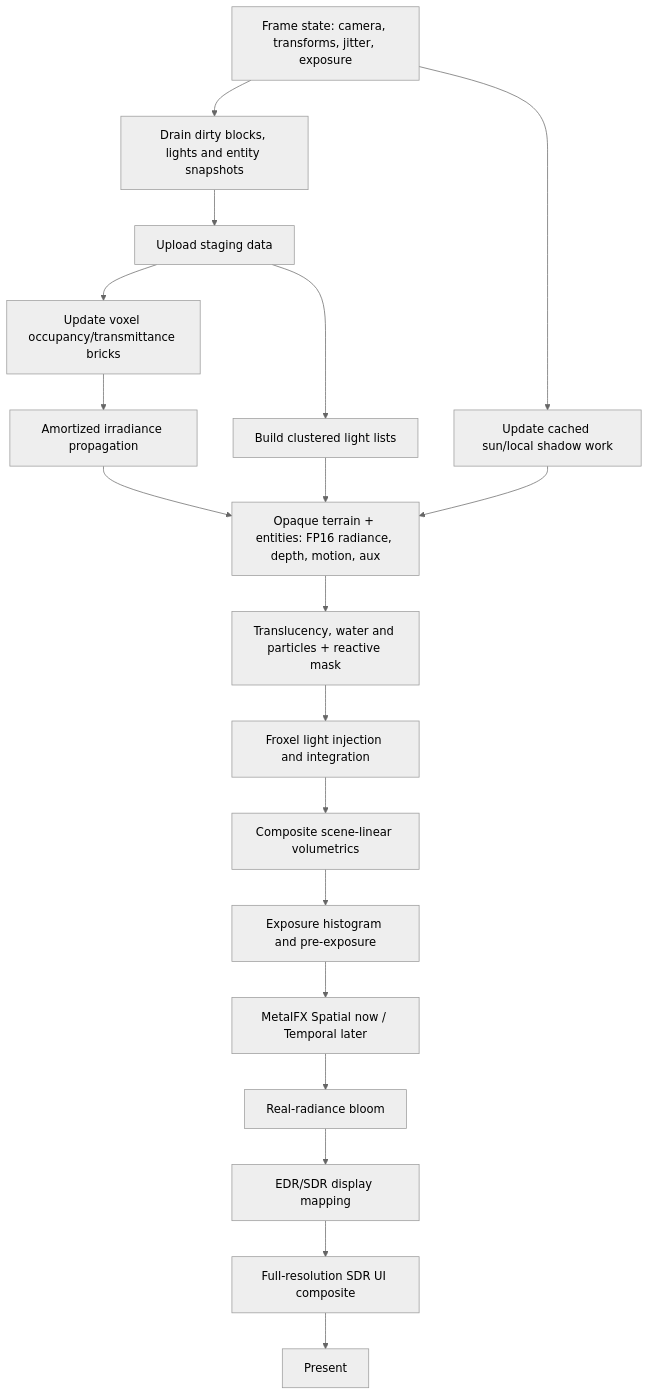
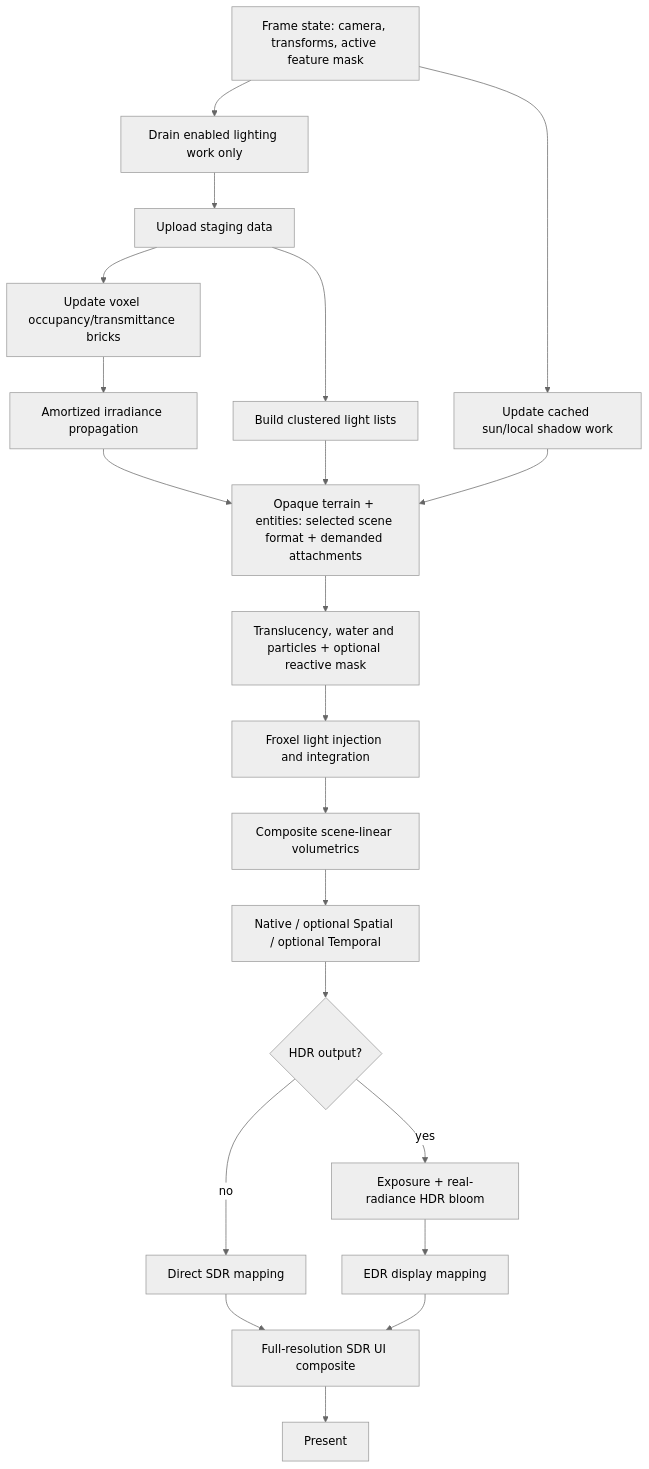
Before and after one commit to SergeyWithNormalName/metallum: the diagram in LIGHTING_ARCHITECTURE_PLAN.md, drawn with Mermaid (neutral theme). The commit also changed other lines of this file, not shown here.

Commit message:
Decouple lighting HDR and temporal roadmap

````diff
--- a/LIGHTING_ARCHITECTURE_PLAN.md
+++ b/LIGHTING_ARCHITECTURE_PLAN.md
@@ -249,21 +271,23 @@
 ```mermaid
 flowchart TD
-    A["Frame state: camera, transforms, jitter, exposure"] --> B["Drain dirty blocks, lights and entity snapshots"]
+    A["Frame state: camera, transforms, active feature mask"] --> B["Drain enabled lighting work only"]
     B --> C["Upload staging data"]
     C --> D["Update voxel occupancy/transmittance bricks"]
     D --> E["Amortized irradiance propagation"]
     C --> F["Build clustered light lists"]
     A --> G["Update cached sun/local shadow work"]
-    E --> H["Opaque terrain + entities: FP16 radiance, depth, motion, aux"]
+    E --> H["Opaque terrain + entities: selected scene format + demanded attachments"]
     F --> H
     G --> H
-    H --> I["Translucency, water and particles + reactive mask"]
+    H --> I["Translucency, water and particles + optional reactive mask"]
     I --> J["Froxel light injection and integration"]
     J --> K["Composite scene-linear volumetrics"]
-    K --> Q["Exposure histogram and pre-exposure"]
-    Q --> L["MetalFX Spatial now / Temporal later"]
-    L --> M["Real-radiance bloom"]
-    M --> N["EDR/SDR display mapping"]
+    K --> L["Native / optional Spatial / optional Temporal"]
+    L --> Q{"HDR output?"}
+    Q -->|yes| M["Exposure + real-radiance HDR bloom"]
+    Q -->|no| N["Direct SDR mapping"]
+    M --> N2["EDR display mapping"]
     N --> O["Full-resolution SDR UI composite"]
+    N2 --> O
     O --> P["Present"]
 ```
````
